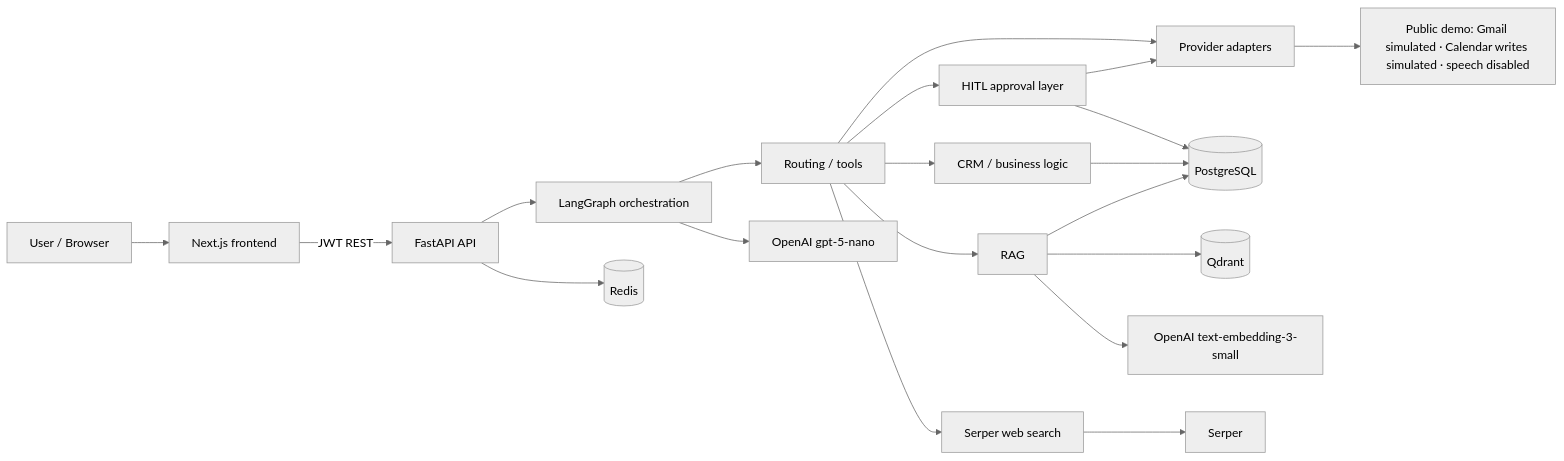
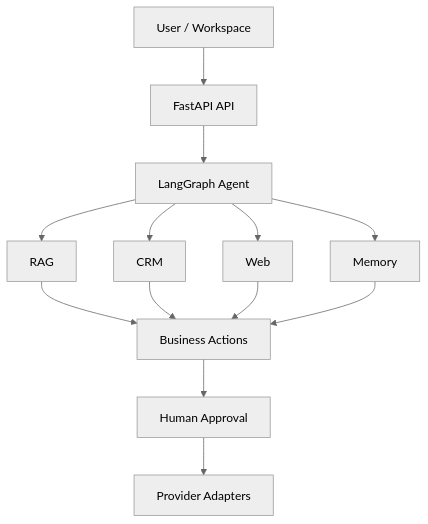
Before and after one commit to Fejjii/OnePilot-AI: the diagram in docs/portfolio/ARCHITECTURE_OVERVIEW.md, drawn with Mermaid (neutral theme). The commit also changed other lines of this file and 7 other files, not shown here.

````diff
--- a/docs/portfolio/ARCHITECTURE_OVERVIEW.md
+++ b/docs/portfolio/ARCHITECTURE_OVERVIEW.md
@@ -15,25 +31,18 @@
 ```mermaid
-flowchart LR
-    User["User / Browser"] --> FE["Next.js frontend"]
-    FE -->|"JWT REST"| API["FastAPI API"]
-    API --> LG["LangGraph orchestration"]
-    LG --> Route["Routing / tools"]
-    Route --> RAG["RAG"]
-    Route --> CRM["CRM / business logic"]
-    Route --> Web["Serper web search"]
-    Route --> HITL["HITL approval layer"]
-    HITL --> Adapters["Provider adapters"]
-    Route --> Adapters
+flowchart TB
+    User["User / Workspace"] --> API["FastAPI API"]
+    API --> Agent["LangGraph Agent"]
 
-    RAG --> PG[("PostgreSQL")]
-    CRM --> PG
-    HITL --> PG
-    API --> Redis[("Redis")]
-    RAG --> Qdrant[("Qdrant")]
+    Agent --> RAG["RAG"]
+    Agent --> CRM["CRM"]
+    Agent --> Web["Web"]
+    Agent --> Mem["Memory"]
 
-    LG --> LLM["OpenAI gpt-5-nano"]
-    RAG --> Emb["OpenAI text-embedding-3-small"]
-    Web --> Serper["Serper"]
+    RAG --> Actions["Business Actions"]
+    CRM --> Actions
+    Web --> Actions
+    Mem --> Actions
 
-    Adapters --> Sim["Public demo: Gmail simulated · Calendar writes simulated · speech disabled"]
+    Actions --> HITL["Human Approval"]
+    HITL --> Adapters["Provider Adapters"]
 ```
````
